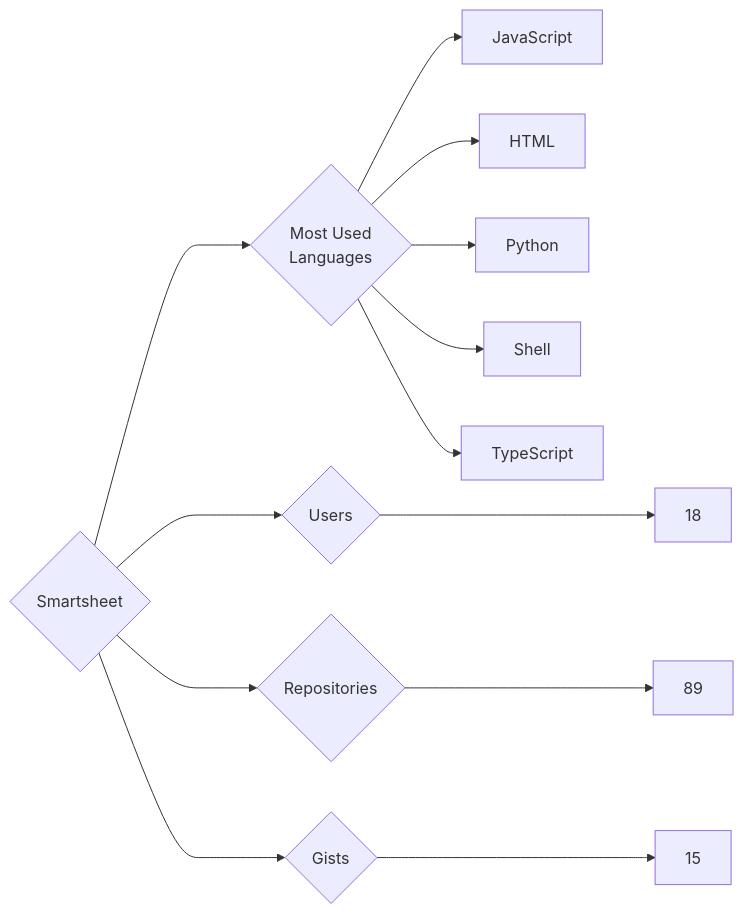
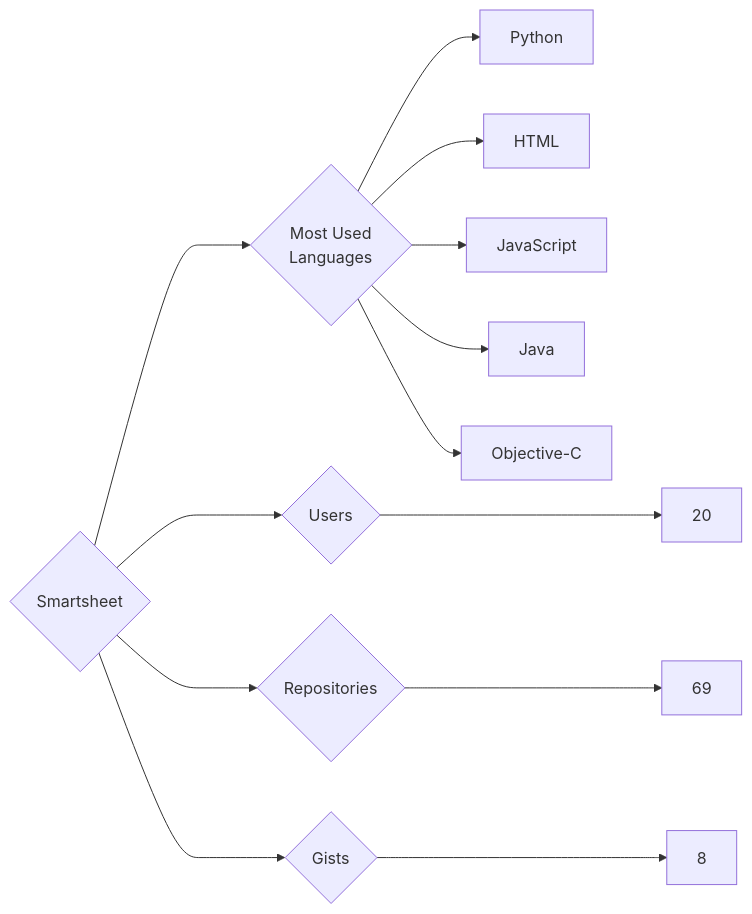
One commit to trickest/insiders changed the diagram in targets/Smartsheet/README.md. Above: the diagram before and after it, drawn with Mermaid. The commit also changed 806 other files, not shown here.

````diff
--- a/targets/Smartsheet/README.md
+++ b/targets/Smartsheet/README.md
@@ -3,13 +3,13 @@
 ```mermaid
 graph LR
 COMPANY_NAME{Smartsheet}
-COMPANY_NAME ---> U{Users} ---> UN[18]
-COMPANY_NAME ---> R{Repositories} ---> RN[89]
-COMPANY_NAME ---> G{Gists} ---> GN[15]
+COMPANY_NAME ---> U{Users} ---> UN[20]
+COMPANY_NAME ---> R{Repositories} ---> RN[69]
+COMPANY_NAME ---> G{Gists} ---> GN[8]
 COMPANY_NAME ---> ML{Most Used<br>Languages}
+ML --> Python[Python]
+ML --> HTML[HTML]
 ML --> JavaScript[JavaScript]
-ML --> HTML[HTML]
-ML --> Python[Python]
-ML --> Shell[Shell]
-ML --> TypeScript[TypeScript]
+ML --> Java[Java]
+ML --> Objective-C[Objective-C]
 ```
````
